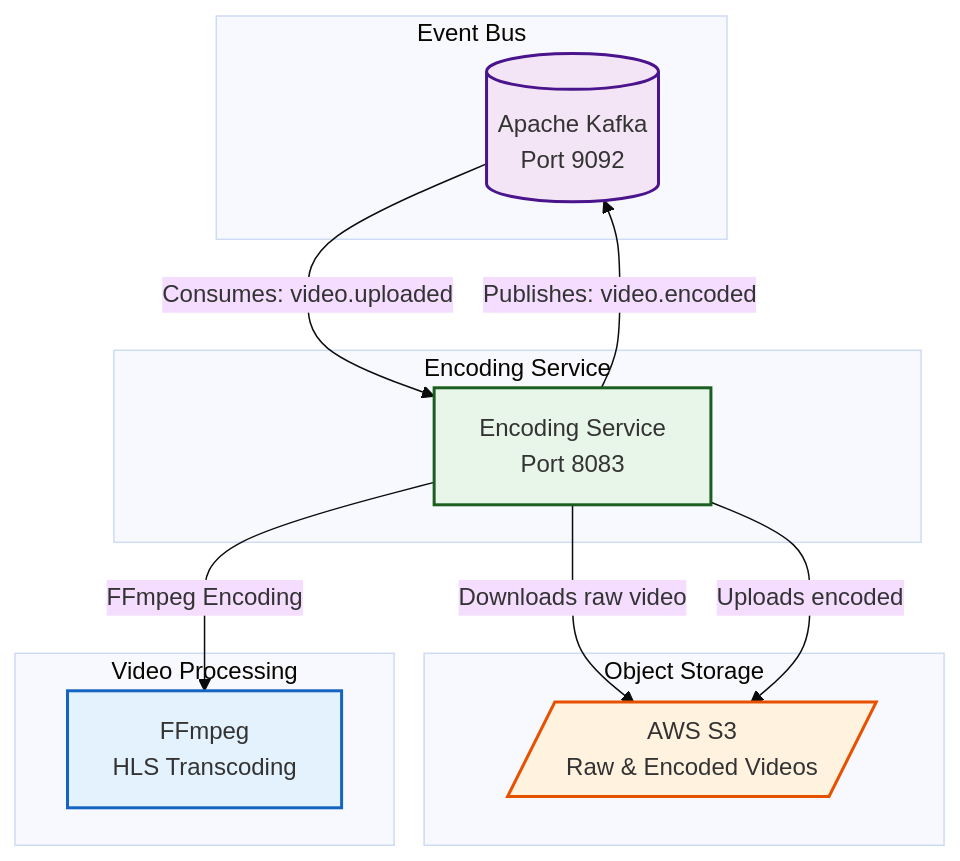
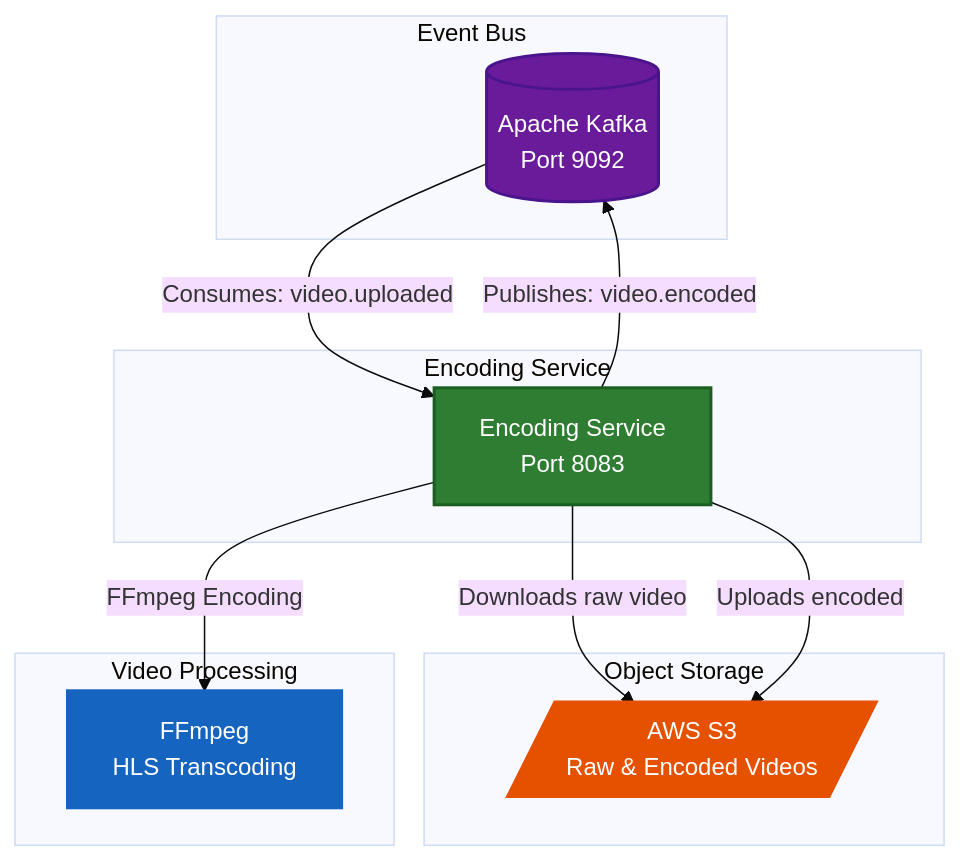
Before and after one commit to PagarciaSima/Netflix-Streaming-Spring-Boot-Micro-services: the diagram in encoding-service/README.md, drawn with Mermaid (base theme). The commit also changed 5 other files, not shown here.

Commit message:
readme, adjusting mermaid contrast

````diff
--- a/encoding-service/README.md
+++ b/encoding-service/README.md
@@ -24,34 +24,34 @@
 ```mermaid
 graph TB
     subgraph Event_Bus[Event Bus]
         KAFKA[(Apache Kafka<br/>Port 9092)]
     end
 
     subgraph Encoding_Service[Encoding Service]
         ES[Encoding Service<br/>Port 8083]
     end
 
     subgraph Storage[Object Storage]
         S3[/AWS S3<br/>Raw & Encoded Videos/]
     end
 
     subgraph Processing[Video Processing]
         FFMPEG[FFmpeg<br/>HLS Transcoding]
     end
 
     KAFKA -->|Consumes: video.uploaded| ES
     ES -->|Downloads raw video| S3
     ES -->|FFmpeg Encoding| FFMPEG
     ES -->|Uploads encoded| S3
     ES -->|Publishes: video.encoded| KAFKA
 
-    classDef service fill:#e8f5e9,stroke:#1b5e20,stroke-width:2px
-    classDef storage fill:#fff3e0,stroke:#e65100,stroke-width:2px
-    classDef messaging fill:#f3e5f5,stroke:#4a148c,stroke-width:2px
-    classDef processing fill:#e3f2fd,stroke:#1565c0,stroke-width:2px
+    classDef service fill:#2e7d32,color:#ffffff,stroke:#1b5e20,stroke-width:2px
+    classDef storage fill:#e65100,color:#ffffff,stroke:#e65100,stroke-width:2px
+    classDef messaging fill:#6a1b9a,color:#ffffff,stroke:#4a148c,stroke-width:2px
+    classDef processing fill:#1565c0,color:#ffffff,stroke:#1565c0,stroke-width:2px
 
     class ES service
     class S3 storage
     class KAFKA messaging
     class FFMPEG processing
 ```
````
